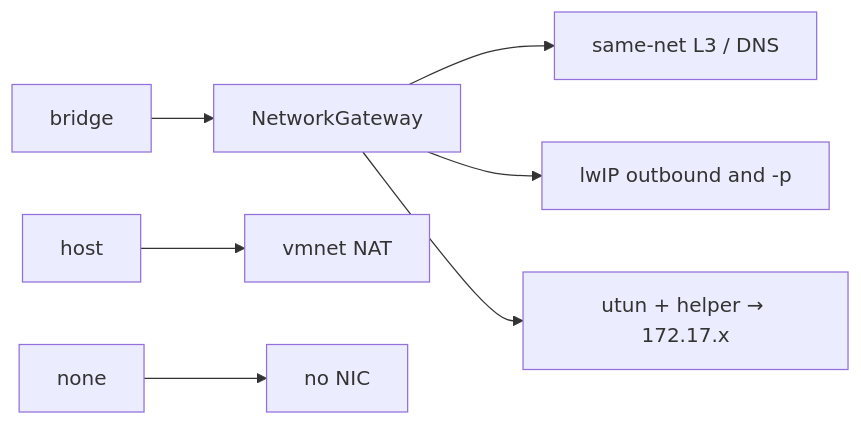
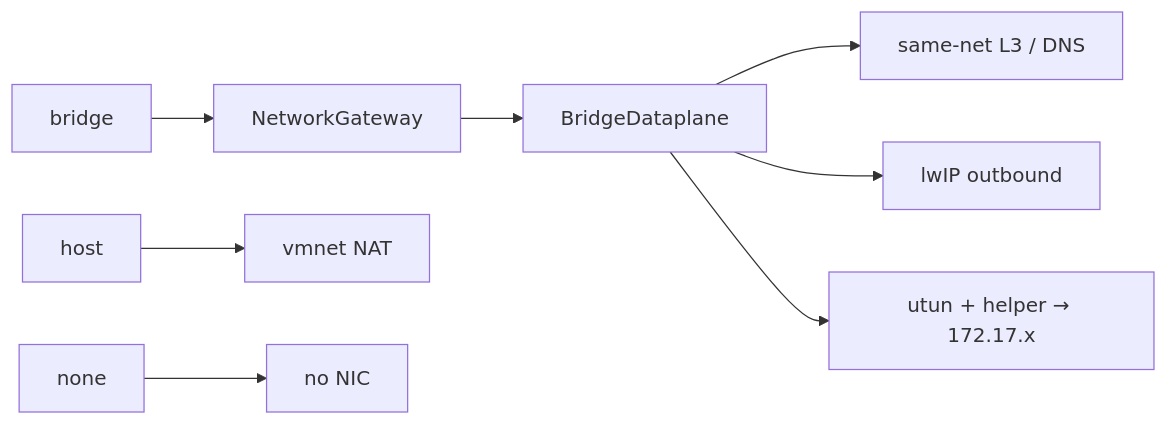
The diagram in README.md (macker-io/macker), drawn with Mermaid before and after one commit. The commit also changed other lines of this file and 15 other files, not shown here.

First line of the commit message:
Keep bridge packet I/O off the gateway actor, and publish -p over utun when the helper is up.

````diff
--- a/README.md
+++ b/README.md
@@ -130,9 +130,10 @@
 ```mermaid
 flowchart LR
   B["bridge"] --> GW["NetworkGateway"]
-  GW --> L3["same-net L3 / DNS"]
-  GW --> LW["lwIP outbound and -p"]
-  GW --> UT["utun + helper → 172.17.x"]
+  GW --> DP["BridgeDataplane"]
+  DP --> L3["same-net L3 / DNS"]
+  DP --> LW["lwIP outbound"]
+  DP --> UT["utun + helper → 172.17.x"]
   H["host"] --> VM["vmnet NAT"]
   N["none"] --> X["no NIC"]
 ```
````
